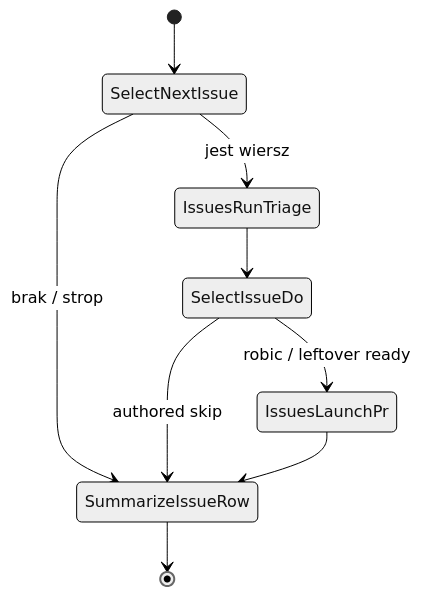
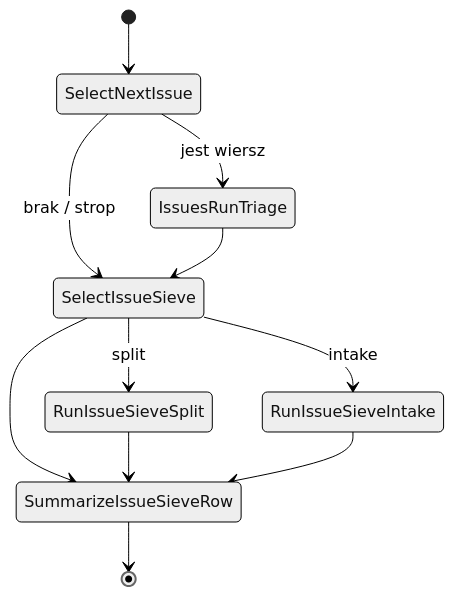
One commit to mikolaj92/lokay changed diagram 38 of 47 in README.md. Above: the diagram before and after it, drawn with Mermaid (neutral theme). The commit also changed other lines of this file and 27 other files, not shown here.

````diff
--- a/README.md
+++ b/README.md
@@ -1021,11 +1018,13 @@
 ```mermaid
 stateDiagram-v2
     [*] --> SelectNextIssue
     SelectNextIssue --> IssuesRunTriage: jest wiersz
-    SelectNextIssue --> SummarizeIssueRow: brak / strop
-    IssuesRunTriage --> SelectIssueDo
-    SelectIssueDo --> IssuesLaunchPr: robic / leftover ready
-    SelectIssueDo --> SummarizeIssueRow: authored skip
-    IssuesLaunchPr --> SummarizeIssueRow
-    SummarizeIssueRow --> [*]
+    SelectNextIssue --> SelectIssueSieve: brak / strop
+    IssuesRunTriage --> SelectIssueSieve
+    SelectIssueSieve --> RunIssueSieveSplit: split
+    SelectIssueSieve --> RunIssueSieveIntake: intake
+    SelectIssueSieve --> SummarizeIssueSieveRow
+    RunIssueSieveSplit --> SummarizeIssueSieveRow
+    RunIssueSieveIntake --> SummarizeIssueSieveRow
+    SummarizeIssueSieveRow --> [*]
 ```
````
